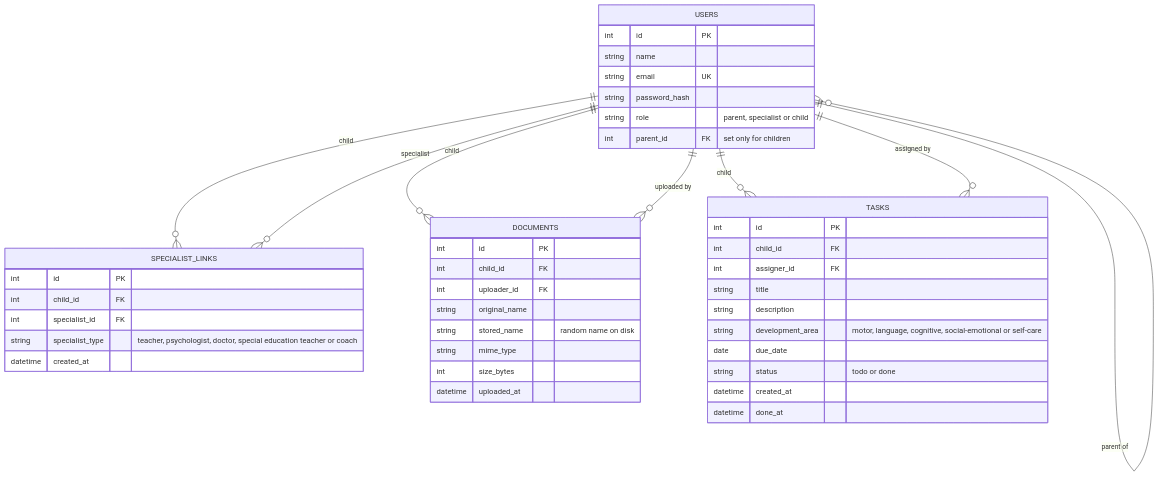
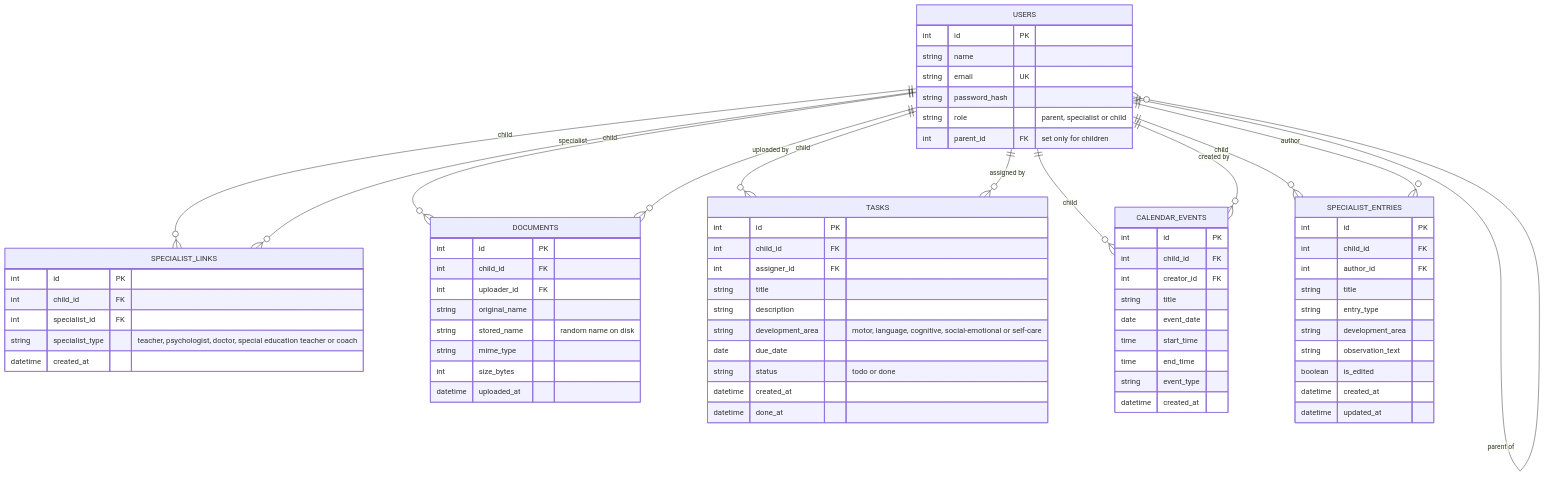
One commit to YYalcinoz/SENG383-Project changed the second of 4 diagrams in docs/SDD.md. Above: the diagram before and after it, drawn with Mermaid. The commit also changed other lines of this file, not shown here.

````diff
--- a/docs/SDD.md
+++ b/docs/SDD.md
@@ -69,47 +69,74 @@
 ```mermaid
 erDiagram
     USERS ||--o{ USERS : "parent of"
     USERS ||--o{ SPECIALIST_LINKS : "child"
     USERS ||--o{ SPECIALIST_LINKS : "specialist"
     USERS ||--o{ DOCUMENTS : "child"
     USERS ||--o{ DOCUMENTS : "uploaded by"
     USERS {
         int id PK
         string name
         string email UK
         string password_hash
         string role "parent, specialist or child"
         int parent_id FK "set only for children"
     }
     SPECIALIST_LINKS {
         int id PK
         int child_id FK
         int specialist_id FK
         string specialist_type "teacher, psychologist, doctor, special education teacher or coach"
         datetime created_at
     }
     DOCUMENTS {
         int id PK
         int child_id FK
         int uploader_id FK
         string original_name
         string stored_name "random name on disk"
         string mime_type
         int size_bytes
         datetime uploaded_at
     }
     USERS ||--o{ TASKS : "child"
     USERS ||--o{ TASKS : "assigned by"
     TASKS {
         int id PK
         int child_id FK
         int assigner_id FK
         string title
         string description
         string development_area "motor, language, cognitive, social-emotional or self-care"
         date due_date
         string status "todo or done"
         datetime created_at
         datetime done_at
     }
+    USERS ||--o{ CALENDAR_EVENTS : "child"
+    USERS ||--o{ CALENDAR_EVENTS : "created by"
+    USERS ||--o{ SPECIALIST_ENTRIES : "child"
+    USERS ||--o{ SPECIALIST_ENTRIES : "author"
+    CALENDAR_EVENTS {
+        int id PK
+        int child_id FK
+        int creator_id FK
+        string title
+        date event_date
+        time start_time
+        time end_time
+        string event_type
+        datetime created_at
+    }
+    SPECIALIST_ENTRIES {
+        int id PK
+        int child_id FK
+        int author_id FK
+        string title
+        string entry_type
+        string development_area
+        string observation_text
+        boolean is_edited
+        datetime created_at
+        datetime updated_at
+    }
 ```
````
